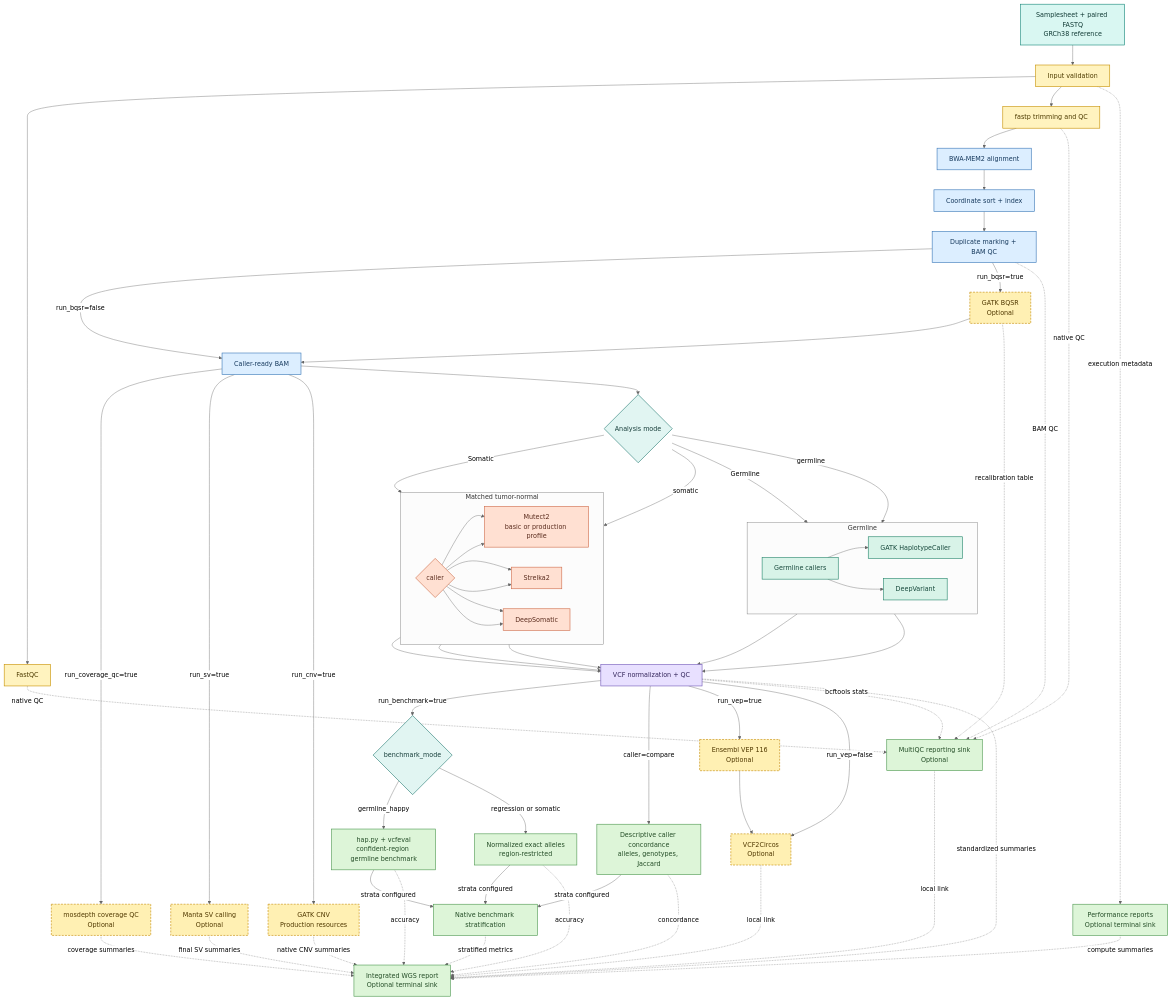
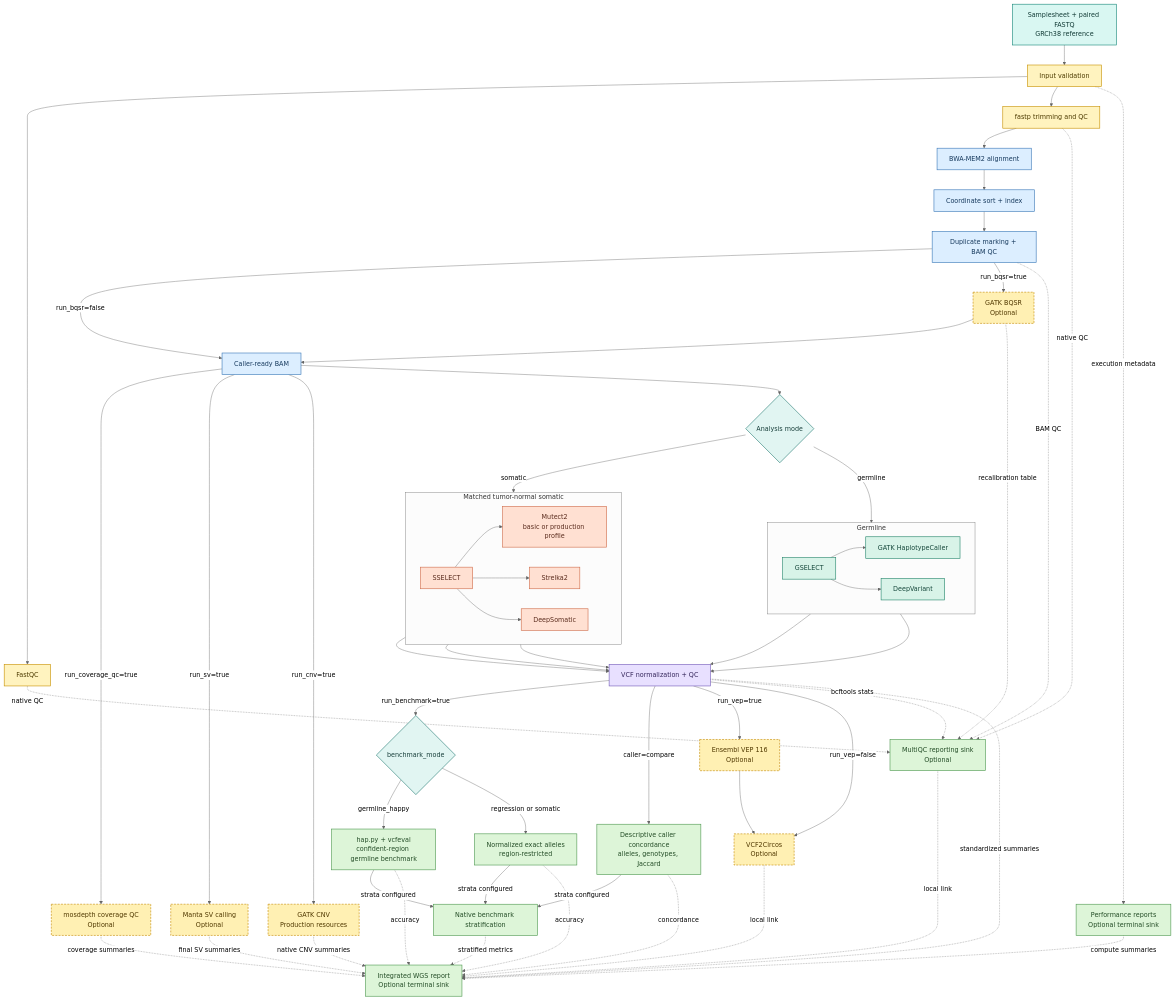
One commit to sarvezh1/wgs-pipeline changed the diagram in README.md. Above: the diagram before and after it, drawn with Mermaid (neutral theme). The commit also changed other lines of this file and 11 other files, not shown here.

```diff
--- a/README.md
+++ b/README.md
@@ -29,31 +29,17 @@
 
   READY --> MODE{"Analysis mode"}
 
-  MODE -->|Germline| GSELECT["Germline callers"]
-  MODE -->|Somatic| SSELECT["Matched tumor-normal callers"]
-
   subgraph GERMLINE["Germline"]
       direction LR
       GSELECT --> HC["GATK HaplotypeCaller"]
       GSELECT --> DV["DeepVariant"]
   end
 
-  subgraph SOMATIC["Matched tumor-normal"]
+  subgraph SOMATIC["Matched tumor-normal somatic"]
       direction LR
-      SSELECT --> M2["Mutect2"]
+      SSELECT --> M2["Mutect2<br/>basic or production profile"]
       SSELECT --> ST["Strelka2"]
       SSELECT --> DS["DeepSomatic"]
-  end
-
-  subgraph SOMATIC["Matched tumor-normal somatic"]
-      direction TB
-      SSELECT{"caller"}
-      M2["Mutect2<br/>basic or production profile"]
-      ST["Strelka2"]
-      DS["DeepSomatic"]
-      SSELECT --> M2
-      SSELECT --> ST
-      SSELECT --> DS
   end
 
   MODE -->|germline| GSELECT
```
